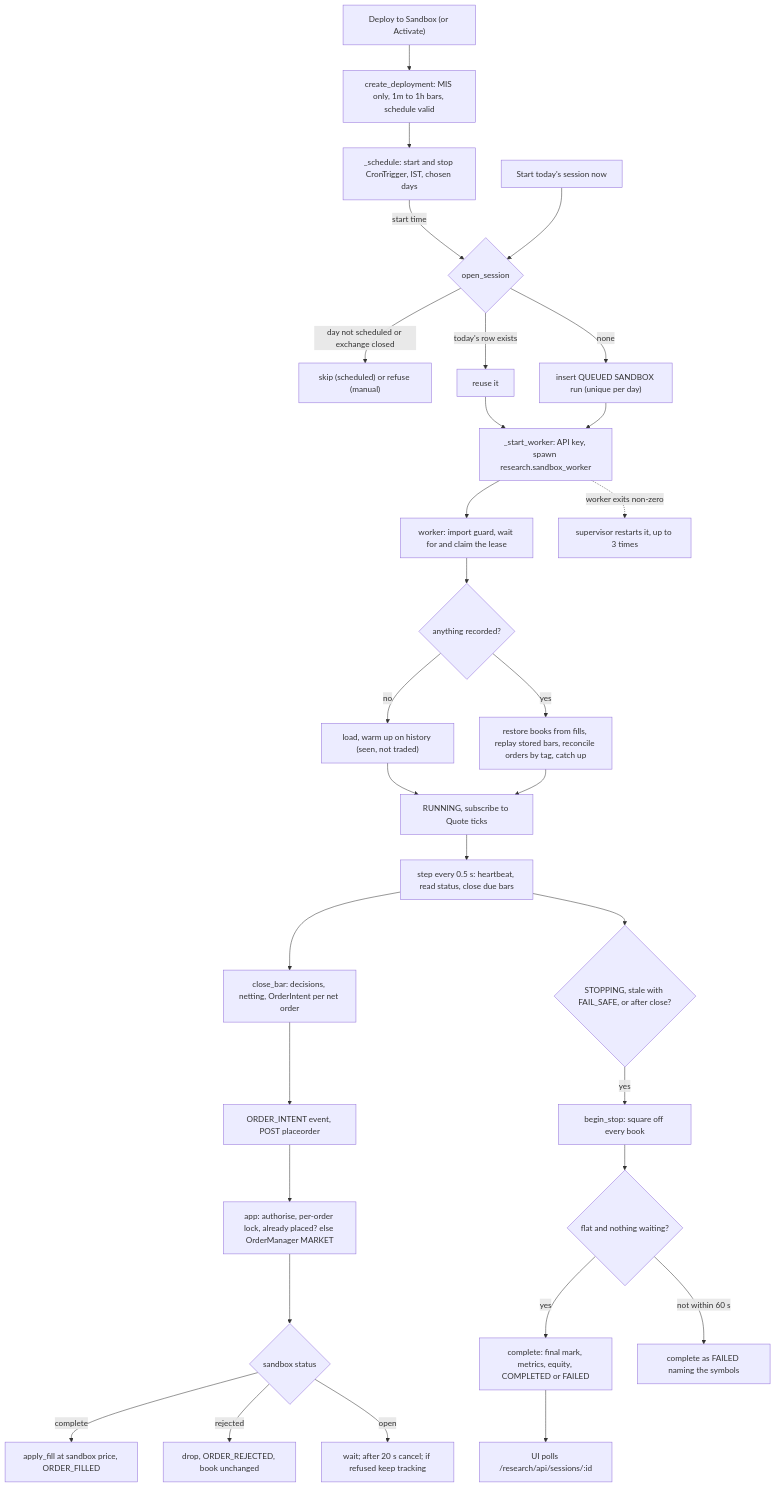
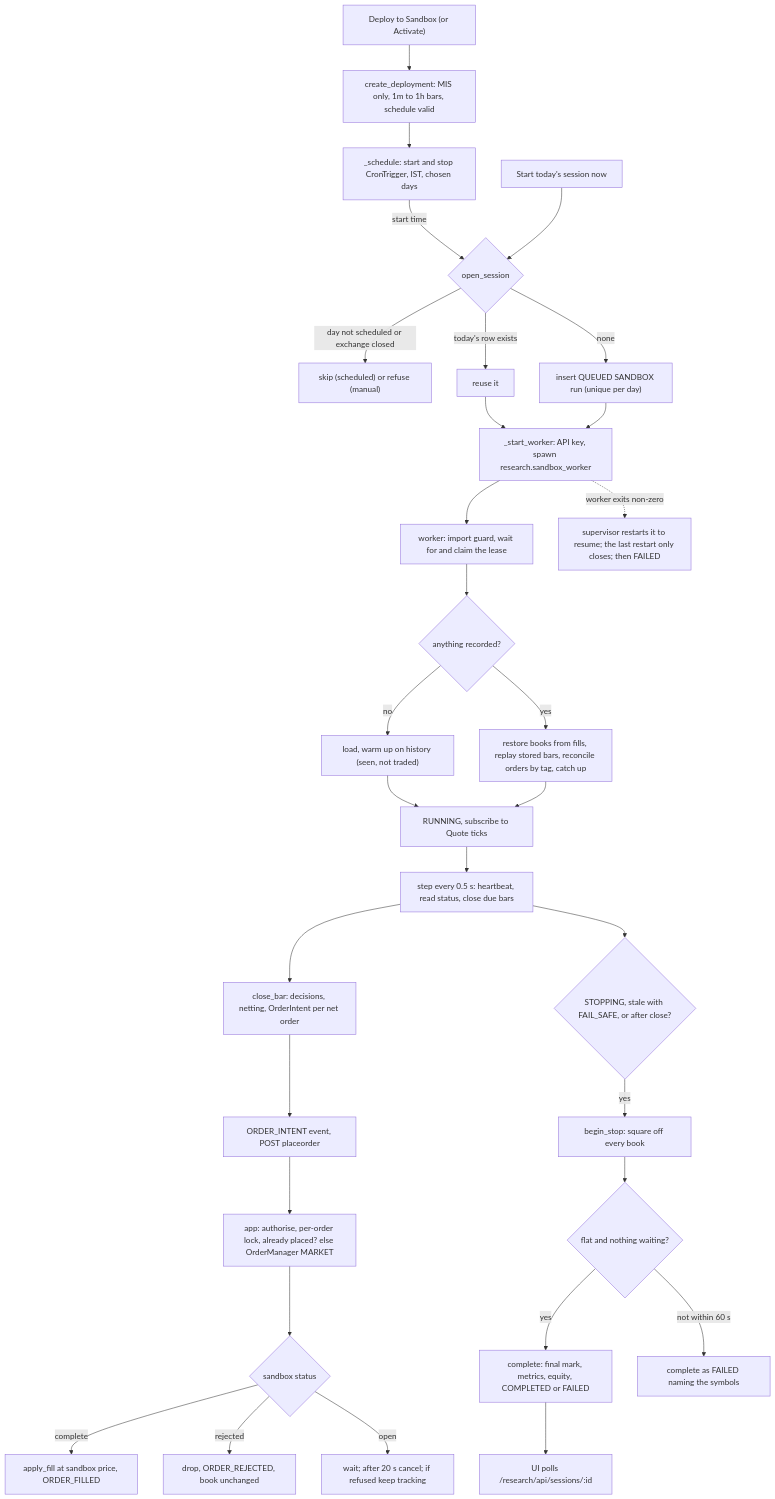
Before and after one commit to sukumar1210/openalgo: the sixth of 8 diagrams in docs/design/57-research-backtest/research_feature_flow.md, drawn with Mermaid. The commit also changed other lines of this file and 1 other file, not shown here.

First line of the commit message:
docs(research): the feature flow's Part C, Shadow and Live, and the index

````diff
--- a/docs/design/57-research-backtest/research_feature_flow.md
+++ b/docs/design/57-research-backtest/research_feature_flow.md
@@ -979,31 +982,31 @@
 ```mermaid
 flowchart TD
     A["Deploy to Sandbox (or Activate)"] --> B["create_deployment: MIS only, 1m to 1h bars, schedule valid"]
     B --> C["_schedule: start and stop CronTrigger, IST, chosen days"]
     C -->|"start time"| D{"open_session"}
     N["Start today's session now"] --> D
     D -->|"day not scheduled or exchange closed"| D1["skip (scheduled) or refuse (manual)"]
     D -->|"today's row exists"| E["reuse it"]
     D -->|"none"| F["insert QUEUED SANDBOX run (unique per day)"]
     E & F --> G["_start_worker: API key, spawn research.sandbox_worker"]
     G --> H["worker: import guard, wait for and claim the lease"]
     H --> I{"anything recorded?"}
     I -->|"no"| J["load, warm up on history (seen, not traded)"]
     I -->|"yes"| K["restore books from fills, replay stored bars, reconcile orders by tag, catch up"]
     J & K --> L["RUNNING, subscribe to Quote ticks"]
     L --> M["step every 0.5 s: heartbeat, read status, close due bars"]
     M --> O["close_bar: decisions, netting, OrderIntent per net order"]
     O --> P["ORDER_INTENT event, POST placeorder"]
     P --> Q["app: authorise, per-order lock, already placed? else OrderManager MARKET"]
     Q --> R{"sandbox status"}
     R -->|"complete"| S["apply_fill at sandbox price, ORDER_FILLED"]
     R -->|"rejected"| T["drop, ORDER_REJECTED, book unchanged"]
     R -->|"open"| U["wait; after 20 s cancel; if refused keep tracking"]
     M --> V{"STOPPING, stale with FAIL_SAFE, or after close?"}
     V -->|"yes"| W1["begin_stop: square off every book"]
     W1 --> X{"flat and nothing waiting?"}
     X -->|"yes"| Y["complete: final mark, metrics, equity, COMPLETED or FAILED"]
     X -->|"not within 60 s"| Z["complete as FAILED naming the symbols"]
-    G -.->|"worker exits non-zero"| RS["supervisor restarts it, up to 3 times"]
+    G -.->|"worker exits non-zero"| RS["supervisor restarts it to resume; the last restart only closes; then FAILED"]
     Y --> UI["UI polls /research/api/sessions/:id"]
 ```
````
